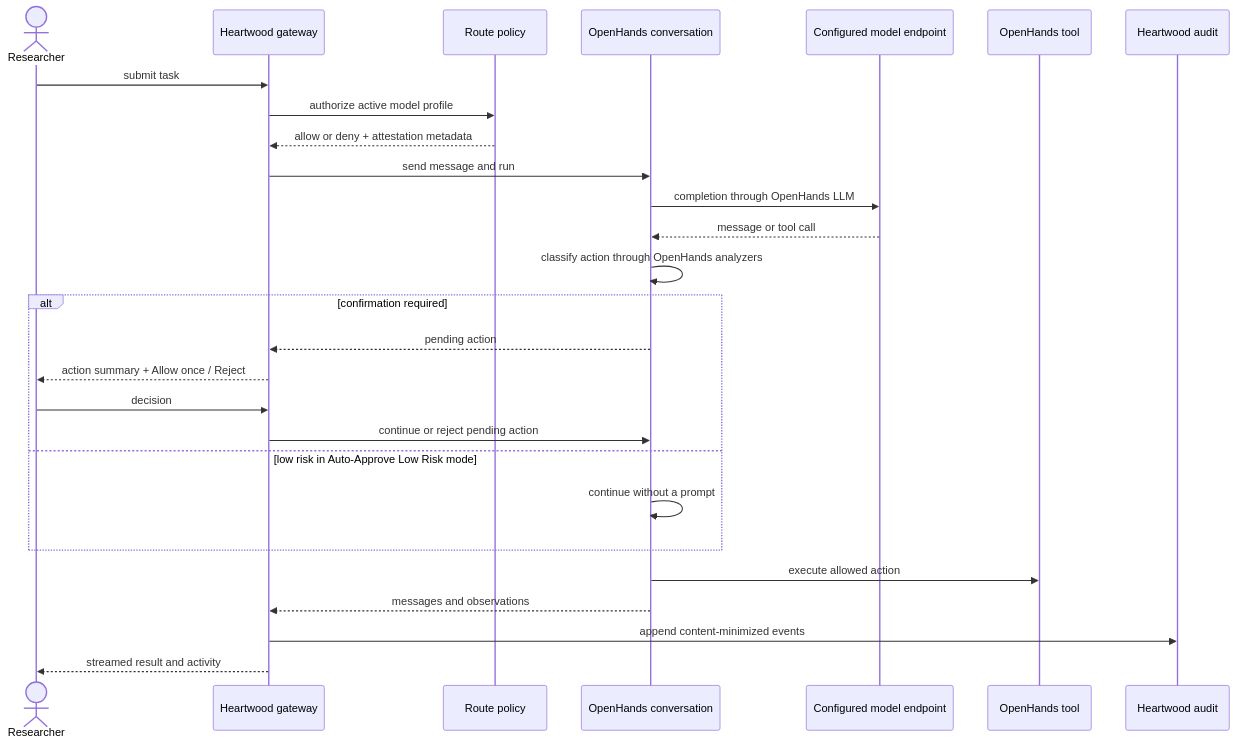
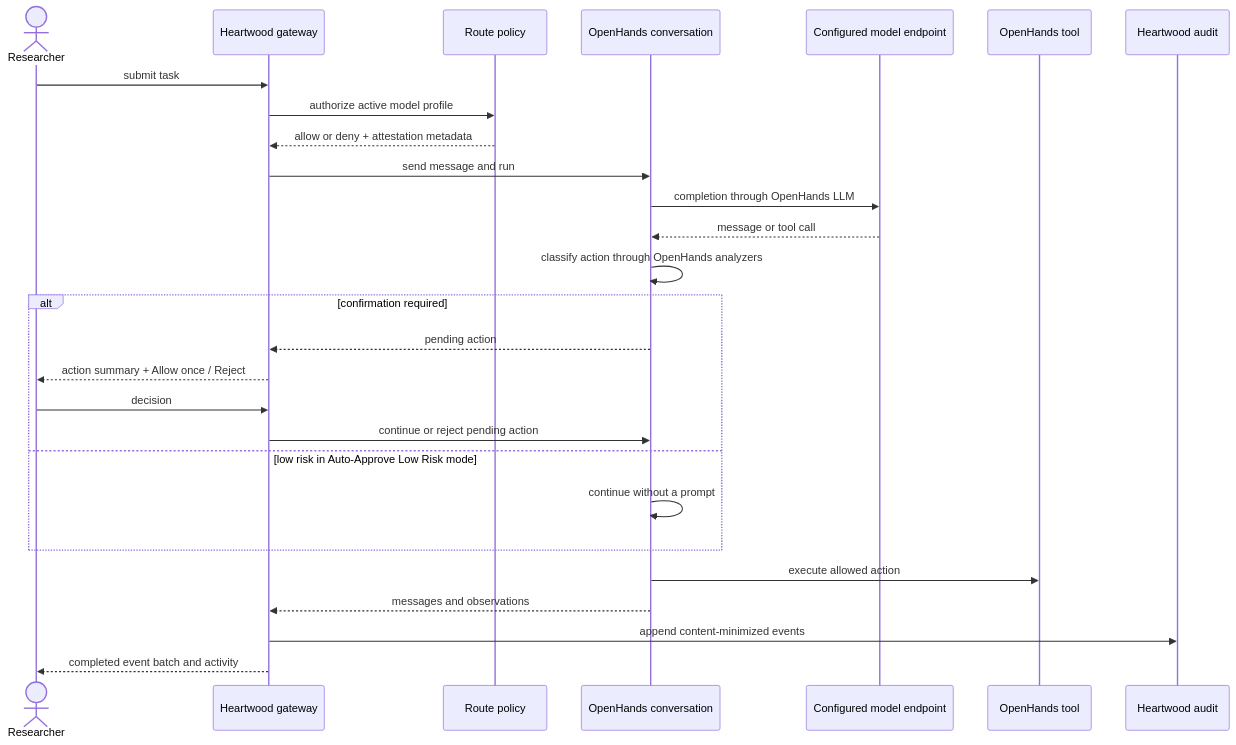
Before and after one commit to SchmiedmayerLab/heartwood: the second of 2 diagrams in design/03-architecture.md, drawn with Mermaid. The commit also changed other lines of this file and 45 other files, not shown here.

````diff
--- a/design/03-architecture.md
+++ b/design/03-architecture.md
@@ -157,30 +162,30 @@
 ```mermaid
 sequenceDiagram
     actor R as Researcher
     participant GW as Heartwood gateway
     participant P as Route policy
     participant OH as OpenHands conversation
     participant M as Configured model endpoint
     participant T as OpenHands tool
     participant A as Heartwood audit
 
     R->>GW: submit task
     GW->>P: authorize active model profile
     P-->>GW: allow or deny + attestation metadata
     GW->>OH: send message and run
     OH->>M: completion through OpenHands LLM
     M-->>OH: message or tool call
     OH->>OH: classify action through OpenHands analyzers
     alt confirmation required
         OH-->>GW: pending action
         GW-->>R: action summary + Allow once / Reject
         R->>GW: decision
         GW->>OH: continue or reject pending action
     else low risk in Auto-Approve Low Risk mode
         OH->>OH: continue without a prompt
     end
     OH->>T: execute allowed action
     OH-->>GW: messages and observations
     GW->>A: append content-minimized events
-    GW-->>R: streamed result and activity
+    GW-->>R: completed event batch and activity
 ```
````
